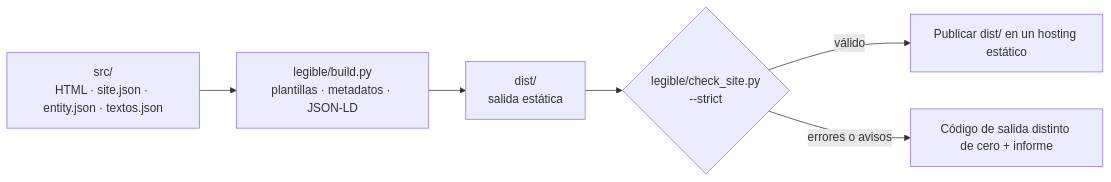
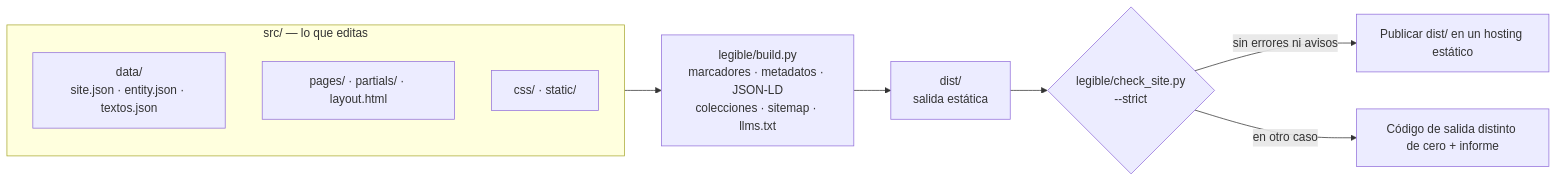
The diagram in README.es.md (angelmaturana/legible), drawn with Mermaid before and after one commit. The commit also changed other lines of this file and 7 other files, not shown here.

````diff
--- a/README.es.md
+++ b/README.es.md
@@ -198,8 +298,13 @@
 ```mermaid
 flowchart LR
-    A["src/<br/>HTML · site.json · entity.json · textos.json"] --> B["legible/build.py<br/>plantillas · metadatos · JSON-LD"]
+    subgraph SRC["src/ — lo que editas"]
+        D["data/<br/>site.json · entity.json · textos.json"]
+        P["pages/ · partials/ · layout.html"]
+        S["css/ · static/"]
+    end
+    SRC --> B["legible/build.py<br/>marcadores · metadatos · JSON-LD<br/>colecciones · sitemap · llms.txt"]
     B --> C["dist/<br/>salida estática"]
-    C --> D{"legible/check_site.py<br/>--strict"}
-    D -- válido --> E["Publicar dist/ en un hosting estático"]
-    D -- errores o avisos --> F["Código de salida distinto de cero + informe"]
+    C --> V{"legible/check_site.py<br/>--strict"}
+    V -- "sin errores ni avisos" --> E["Publicar dist/ en un hosting estático"]
+    V -- "en otro caso" --> F["Código de salida distinto de cero + informe"]
 ```
````
